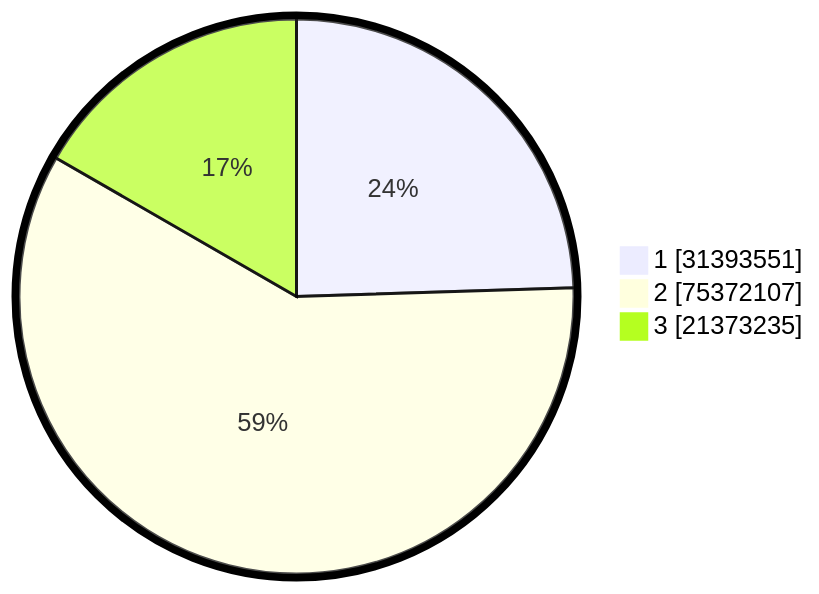
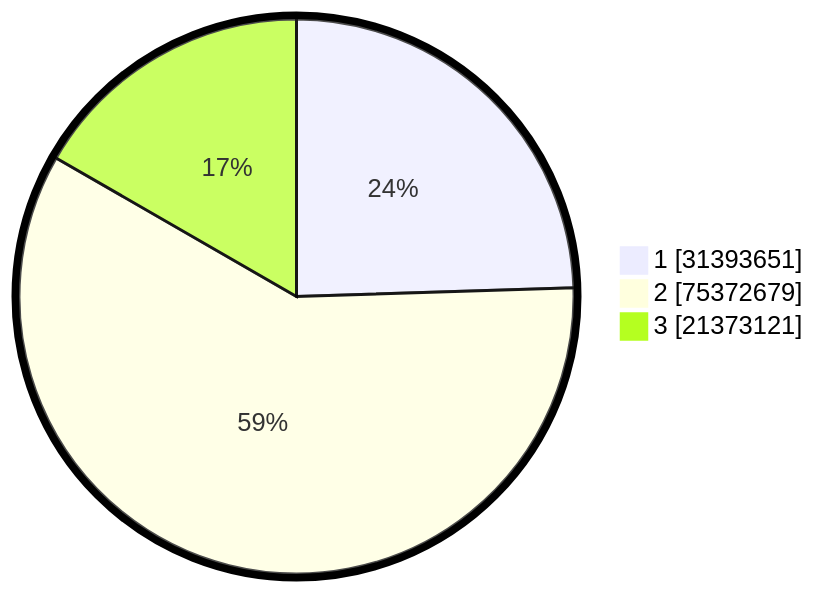
The second of 2 diagrams in pilpres/hitung-suara/README.md (gigit-pemilu/pemilu-2024), drawn with Mermaid before and after one commit. The commit also changed other lines of this file and 10 other files, not shown here.

````diff
--- a/pilpres/hitung-suara/README.md
+++ b/pilpres/hitung-suara/README.md
@@ -93,7 +93,7 @@
 ```mermaid
 %%{init: {"pie": {"textPosition": 0.5}, "themeVariables": {"pieOuterStrokeWidth": "5px"}} }%%
 pie showData
-    "1" : 31393551
-    "2" : 75372107
-    "3" : 21373235
+    "1" : 31393651
+    "2" : 75372679
+    "3" : 21373121
 ```
````
